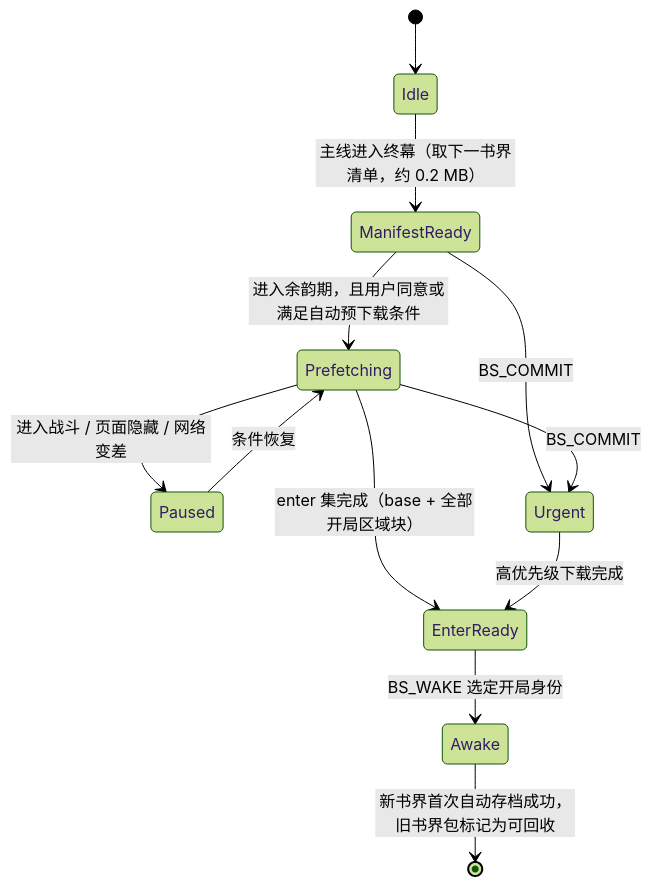
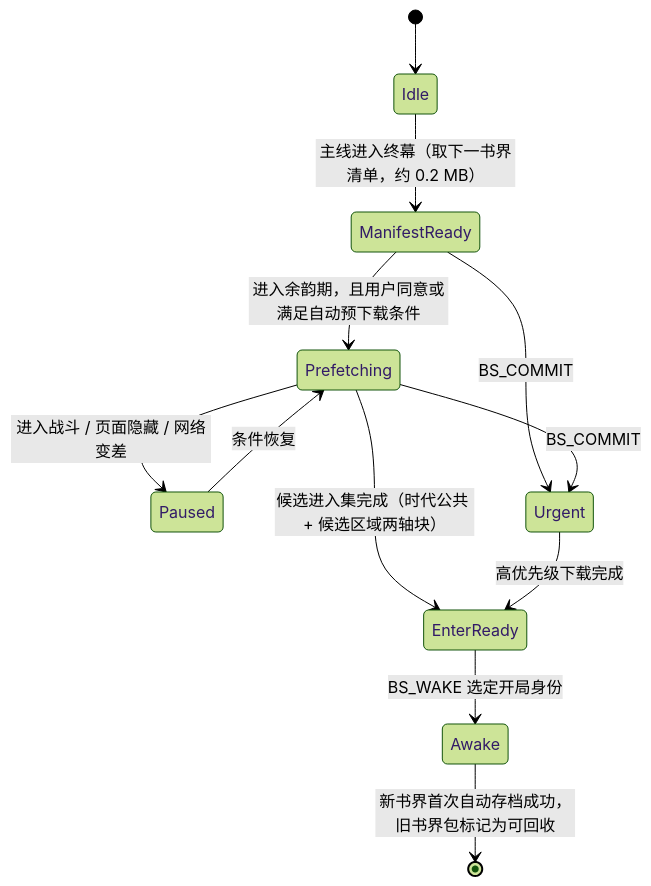
The fourth of 7 diagrams in docs/tech/06-asset-storage.md (radarxc/jinyongqunxia), drawn with Mermaid (forest theme) before and after one commit. The commit also changed other lines of this file and 1 other file, not shown here.

````diff
--- a/docs/tech/06-asset-storage.md
+++ b/docs/tech/06-asset-storage.md
@@ -788,14 +826,14 @@
 ```mermaid
 stateDiagram-v2
   [*] --> Idle
   Idle --> ManifestReady: 主线进入终幕（取下一书界清单，约 0.2 MB）
   ManifestReady --> Prefetching: 进入余韵期，且用户同意或满足自动预下载条件
   Prefetching --> Paused: 进入战斗 / 页面隐藏 / 网络变差
   Paused --> Prefetching: 条件恢复
-  Prefetching --> EnterReady: enter 集完成（base + 全部开局区域块）
+  Prefetching --> EnterReady: 候选进入集完成（时代公共 + 候选区域两轴块）
   ManifestReady --> Urgent: BS_COMMIT
   Prefetching --> Urgent: BS_COMMIT
   Urgent --> EnterReady: 高优先级下载完成
   EnterReady --> Awake: BS_WAKE 选定开局身份
   Awake --> [*]: 新书界首次自动存档成功，旧书界包标记为可回收
 ```
````
